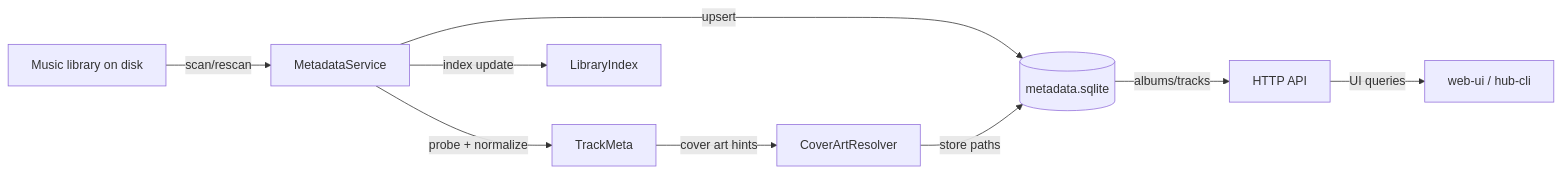
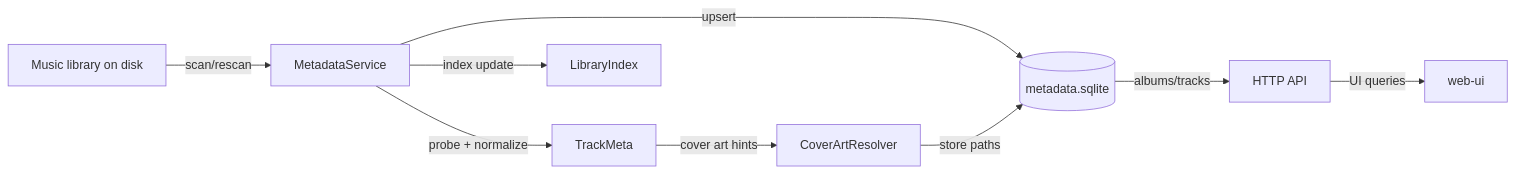
The third of 4 diagrams in README.md (dariusbakunas/audio-bridge), drawn with Mermaid before and after one commit. The commit also changed other lines of this file and 15 other files, not shown here.

Commit message:
remove hub-cli

````diff
--- a/README.md
+++ b/README.md
@@ -72,11 +70,11 @@
 ```mermaid
 flowchart LR
     FS[Music library on disk] -->|scan/rescan| MS[MetadataService]
     MS -->|probe + normalize| META[TrackMeta]
     MS -->|upsert| DB[(metadata.sqlite)]
     MS -->|index update| IDX[LibraryIndex]
     META -->|cover art hints| CA[CoverArtResolver]
     CA -->|store paths| DB
     DB -->|albums/tracks| API[HTTP API]
-    API -->|UI queries| UI[web-ui / hub-cli]
+    API -->|UI queries| UI[web-ui]
 ```
````
